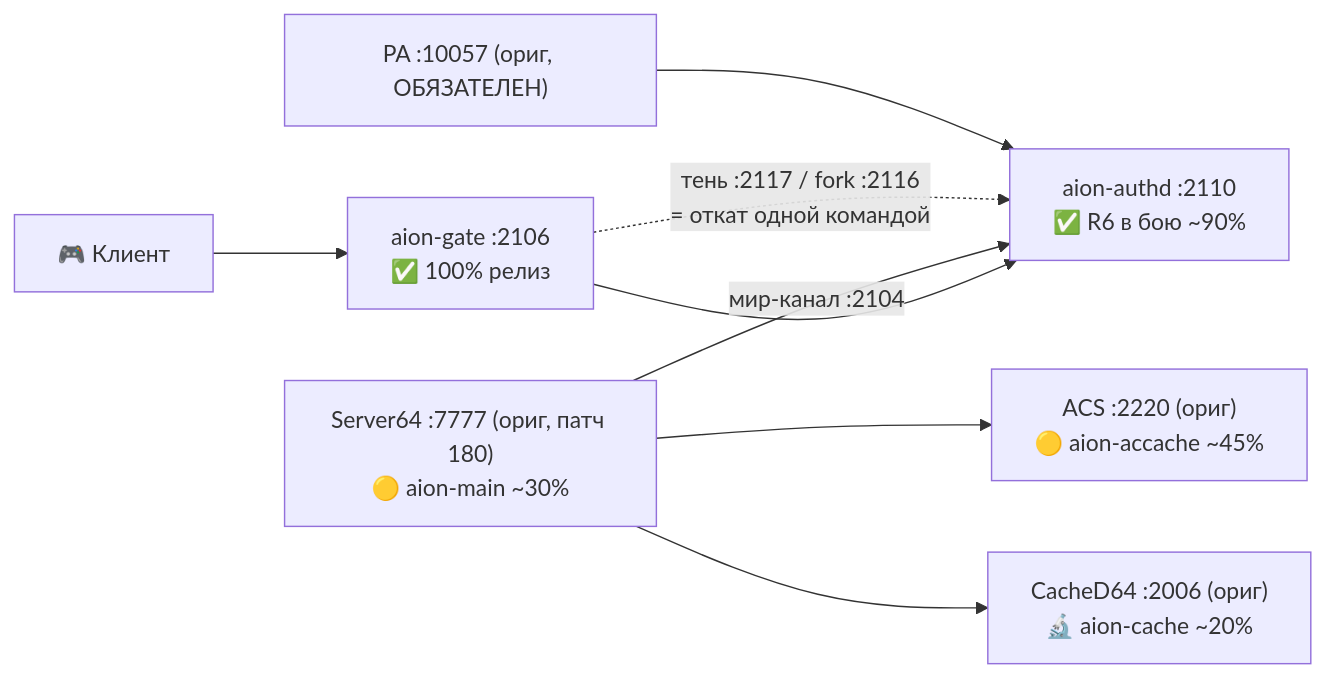
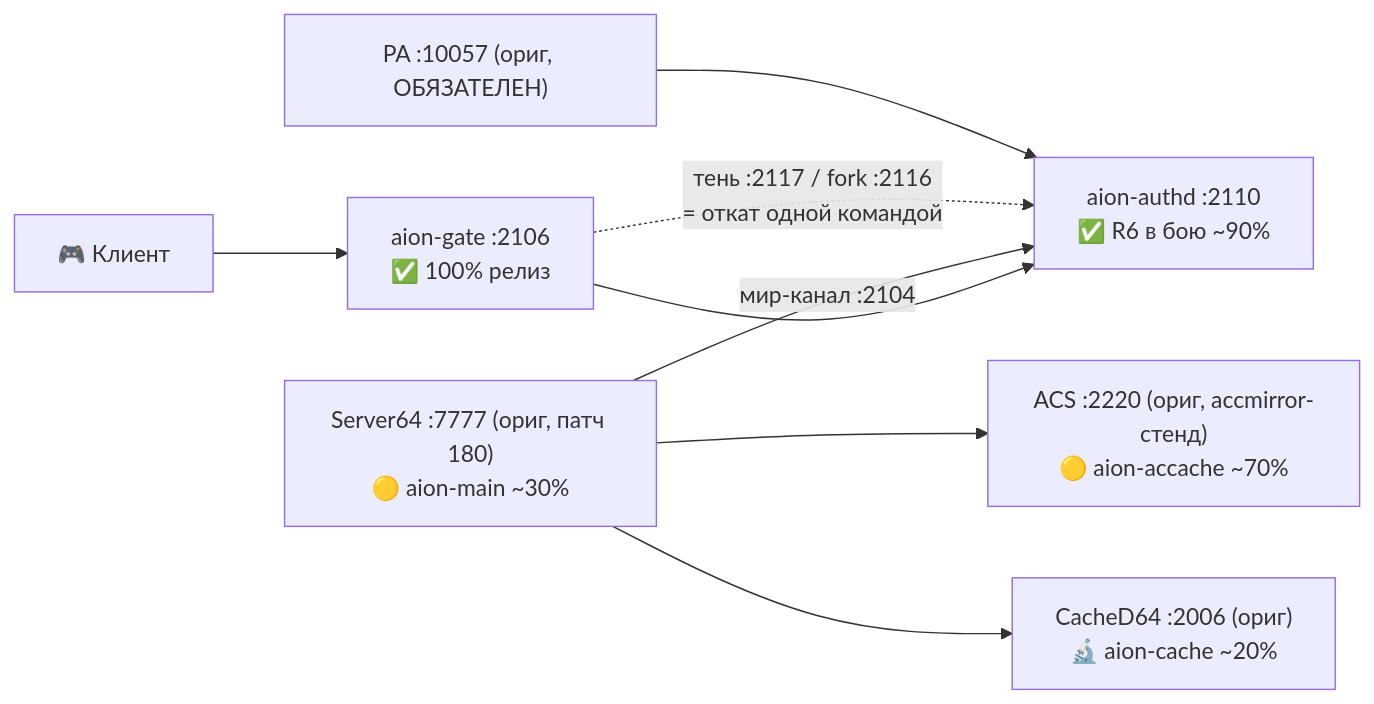
Before and after one commit to stelgen/AION-7.7-EUR-SERVER: the first of 2 diagrams in nextgen/README.md, drawn with Mermaid. The commit also changed other lines of this file and 7 other files, not shown here.

````diff
--- a/nextgen/README.md
+++ b/nextgen/README.md
@@ -62,10 +62,10 @@
 ```mermaid
 flowchart LR
   C["🎮 Клиент"] --> G["aion-gate :2106<br/>✅ 100% релиз"]
   G --> A["aion-authd :2110<br/>✅ R6 в бою ~90%"]
   W["Server64 :7777 (ориг, патч 180)<br/>🟡 aion-main ~30%"] -->|"мир-канал :2104"| A
-  W --> ACS["ACS :2220 (ориг)<br/>🟡 aion-accache ~45%"]
+  W --> ACS["ACS :2220 (ориг, accmirror-стенд)<br/>🟡 aion-accache ~70%"]
   W --> CD["CacheD64 :2006 (ориг)<br/>🔬 aion-cache ~20%"]
   G -. "тень :2117 / fork :2116<br/>= откат одной командой" .-> A
   PA["PA :10057 (ориг, ОБЯЗАТЕЛЕН)"] --> A
 ```
````
